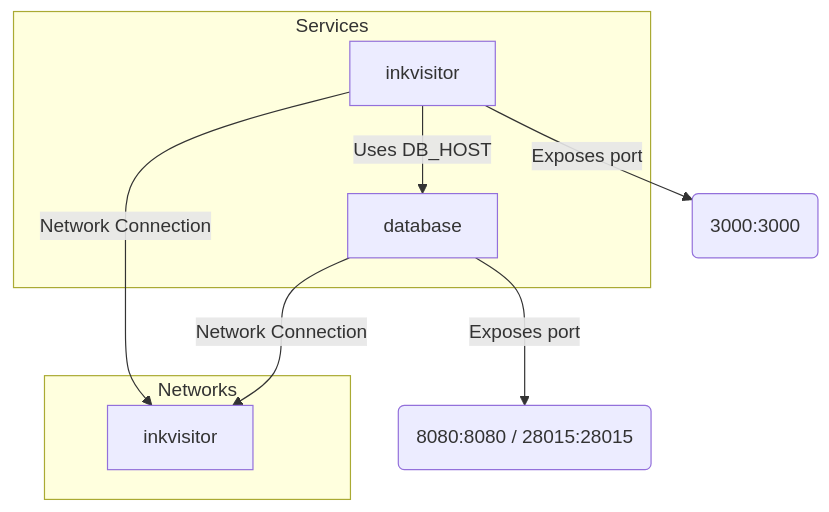
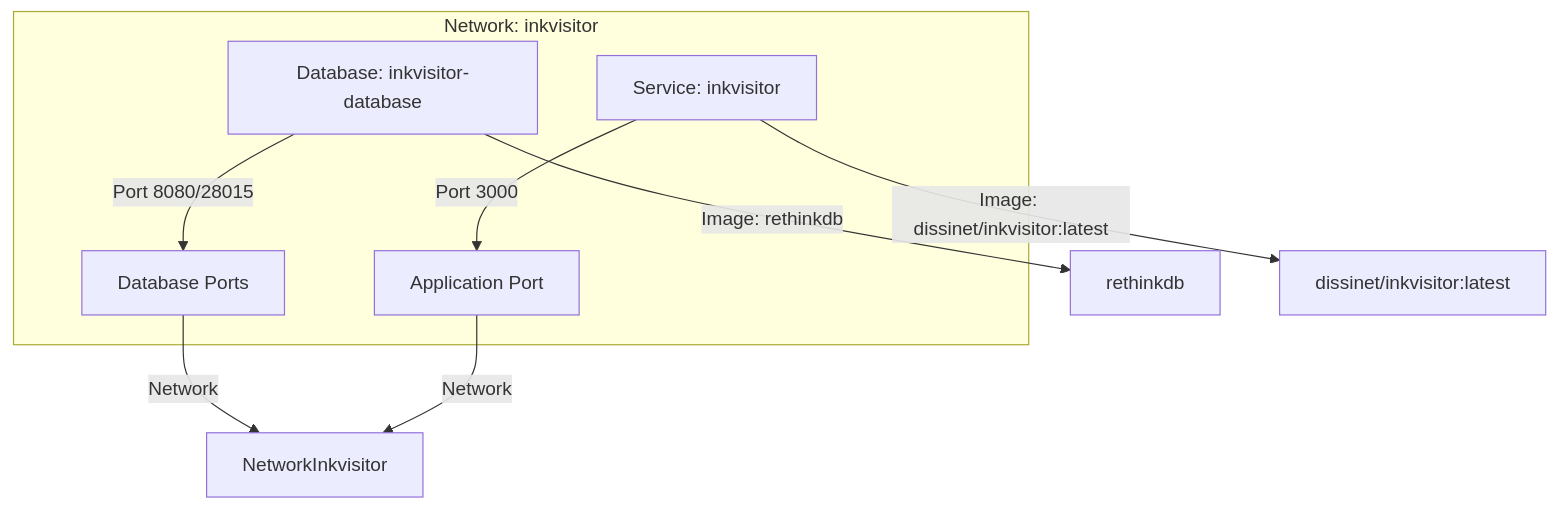
The diagram in README.md (oljuhla/diagrams), drawn with Mermaid before and after one commit.

````diff
--- a/README.md
+++ b/README.md
@@ -4,19 +4,13 @@
 ```mermaid
 graph TD;
-  subgraph Services
-    A[database]
-    B[inkvisitor]
-  end
+    subgraph Network: inkvisitor
+        A[Database: inkvisitor-database] -->|Port 8080/28015| DBPorts[Database Ports];
+        B[Service: inkvisitor] -->|Port 3000| ServicePort[Application Port];
+    end
 
-  subgraph Networks
-    N[inkvisitor]
-  end
+    A -->|Image: rethinkdb| DatabaseImage[rethinkdb];
+    B -->|Image: dissinet/inkvisitor:latest| ServiceImage[dissinet/inkvisitor:latest];
 
-  A -->|Network Connection| N
-  B -->|Network Connection| N
-
-  A -->|Exposes port| X(8080:8080 / 28015:28015)
-  B -->|Exposes port| Y(3000:3000)
-
-  B -->|Uses DB_HOST| A
+    DBPorts -->|Network| NetworkInkvisitor;
+    ServicePort -->|Network| NetworkInkvisitor;
 ```
````
